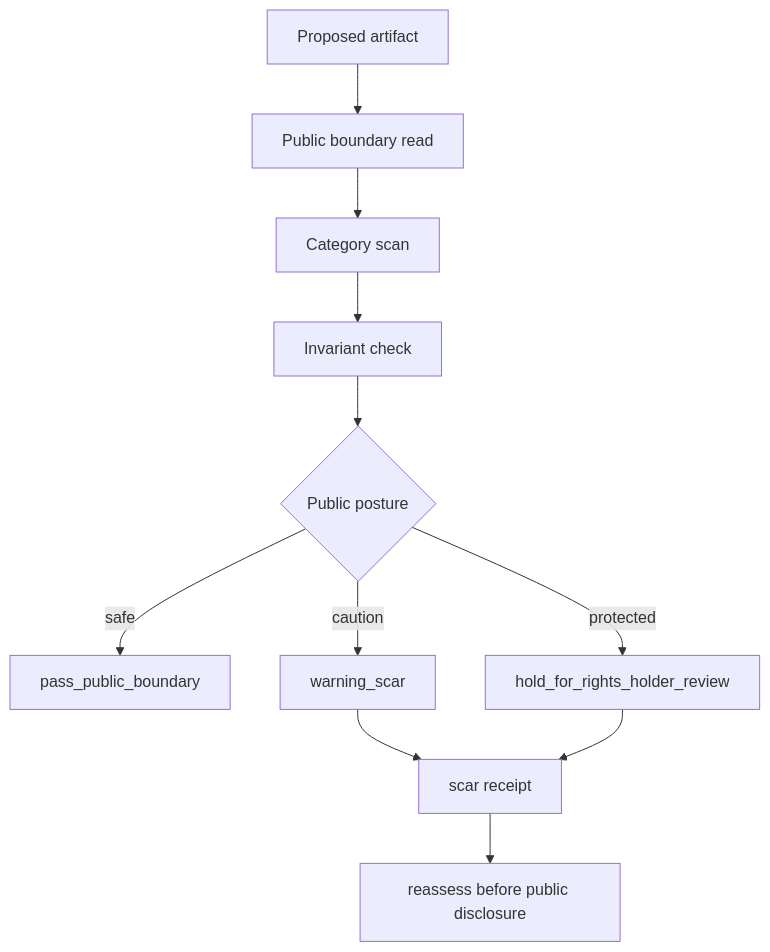
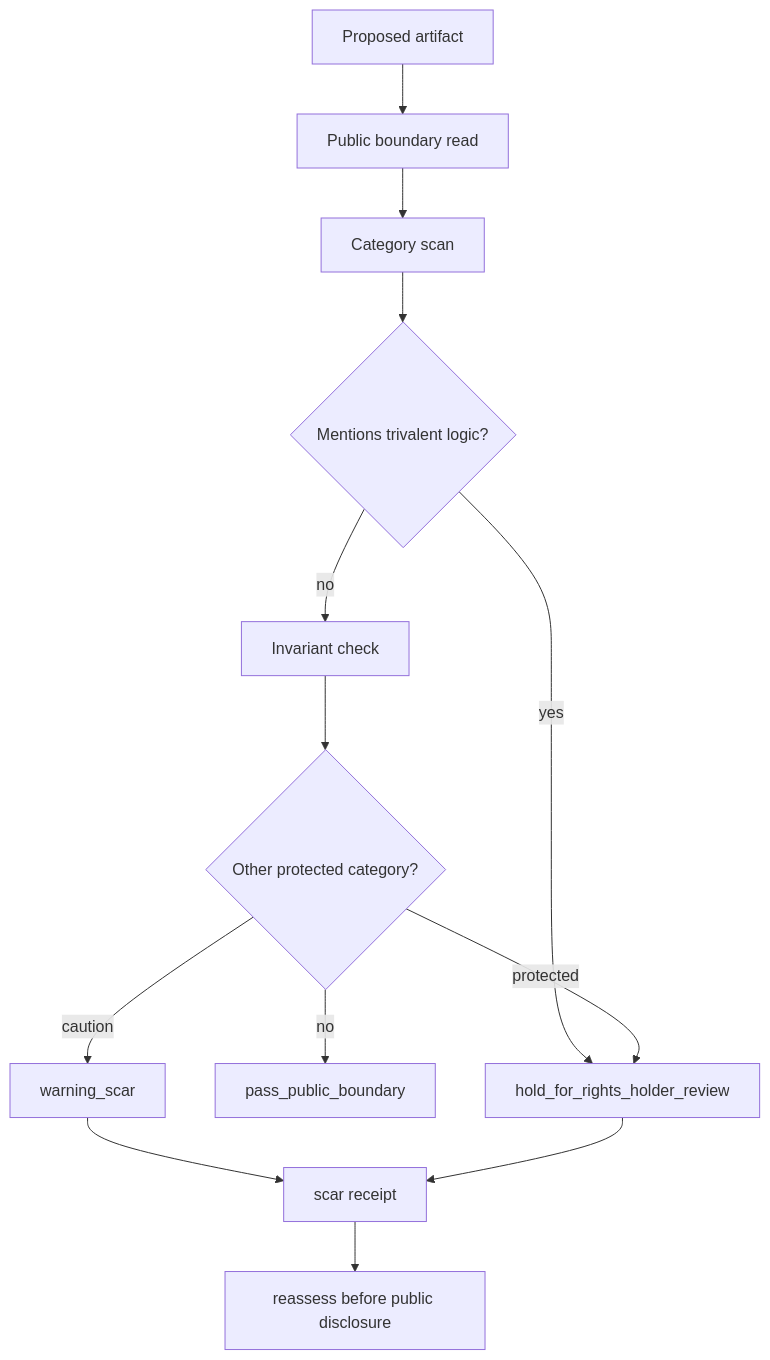
Before and after one commit to tessellariumlabs/ontologica_os: the diagram in docs/trivalent-inner-braid.md, drawn with Mermaid. The commit also changed other lines of this file, not shown here.

Commit message:
Make trivalent disclosure a hard hold

````diff
--- a/docs/trivalent-inner-braid.md
+++ b/docs/trivalent-inner-braid.md
@@ -34,14 +47,16 @@
 ```mermaid
 flowchart TD
     A[Proposed artifact] --> B[Public boundary read]
     B --> C[Category scan]
-    C --> D[Invariant check]
-    D --> E{Public posture}
-    E -- safe --> F[pass_public_boundary]
-    E -- caution --> G[warning_scar]
-    E -- protected --> H[hold_for_rights_holder_review]
+    C --> D{Mentions trivalent logic?}
+    D -- yes --> H[hold_for_rights_holder_review]
+    D -- no --> E[Invariant check]
+    E --> F{Other protected category?}
+    F -- no --> P[pass_public_boundary]
+    F -- caution --> W[warning_scar]
+    F -- protected --> H
 
-    G --> I[scar receipt]
-    H --> I
-    I --> J[reassess before public disclosure]
+    W --> S[scar receipt]
+    H --> S
+    S --> R[reassess before public disclosure]
 ```
````
